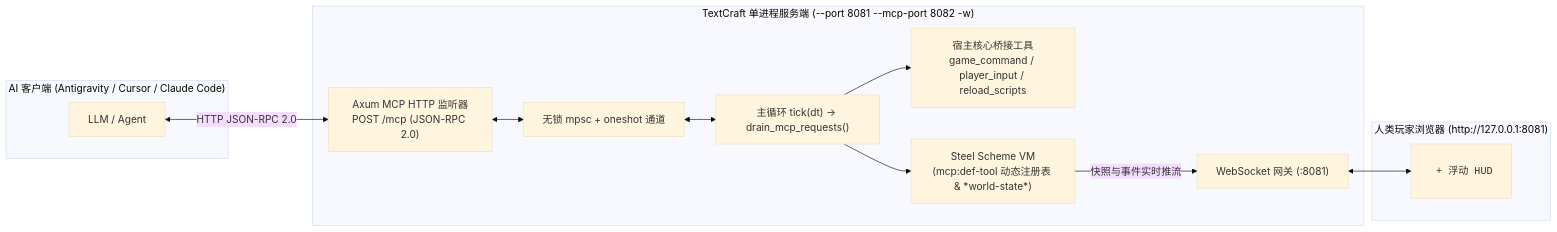
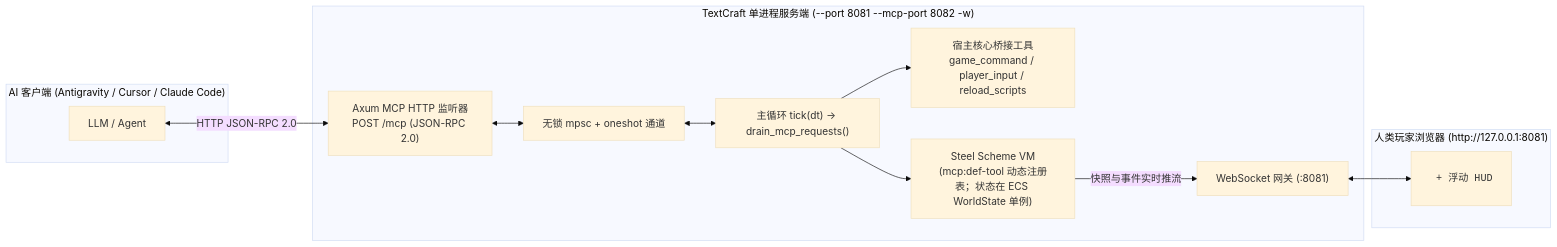
Before and after one commit to ouut/TextCraft: the diagram in docs/develop/mcp_developer_guide.md, drawn with Mermaid (base theme). The commit also changed other lines of this file and 11 other files, not shown here.

````diff
--- a/docs/develop/mcp_developer_guide.md
+++ b/docs/develop/mcp_developer_guide.md
@@ -15,24 +17,24 @@
 ```mermaid
 flowchart LR
     subgraph AIClient["AI 客户端 (Antigravity / Cursor / Claude Code)"]
         LLM["LLM / Agent"]
     end
 
     subgraph TextCraftProcess["TextCraft 单进程服务端 (--port 8081 --mcp-port 8082 -w)"]
         MCPHttp["Axum MCP HTTP 监听器<br>POST /mcp (JSON-RPC 2.0)"]
         Chan["无锁 mpsc + oneshot 通道"]
         TickLoop["主循环 tick(dt) -> drain_mcp_requests()"]
         HostBridge["宿主核心桥接工具<br>game_command / player_input / reload_scripts"]
-        SchemeVM["Steel Scheme VM<br>(mcp:def-tool 动态注册表 & *world-state*)"]
+        SchemeVM["Steel Scheme VM<br>(mcp:def-tool 动态注册表；状态在 ECS WorldState 单例)"]
         WSGateway["WebSocket 网关 (:8081)"]
     end
 
     subgraph Browser["人类玩家浏览器 (http://127.0.0.1:8081)"]
         WebUI["<pre id='screen'> + 浮动 HUD"]
     end
 
     LLM <-->|HTTP JSON-RPC 2.0| MCPHttp
     MCPHttp <--> Chan <--> TickLoop
     TickLoop --> HostBridge & SchemeVM
     SchemeVM -->|快照与事件实时推流| WSGateway <--> WebUI
 ```
````
